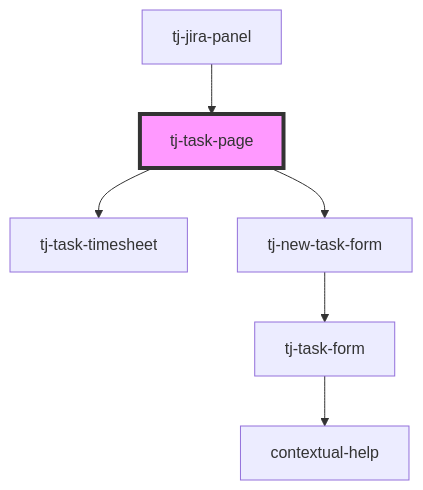
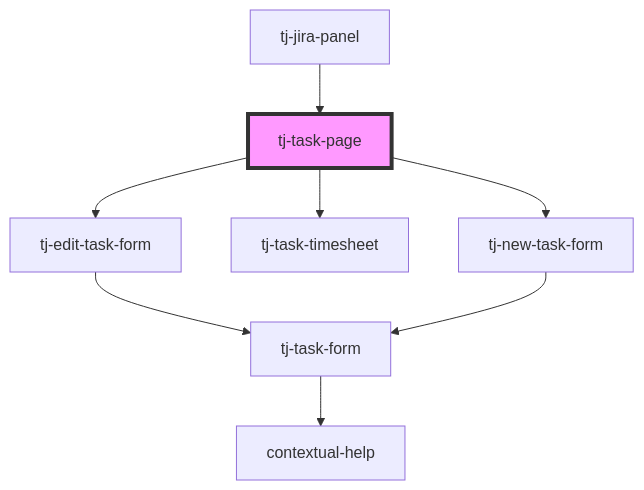
Before and after one commit to davids-ensemble/tj-jira-panel: the diagram in src/components/tj-task-page/readme.md, drawn with Mermaid. The commit also changed other lines of this file and 24 other files, not shown here.

````diff
--- a/src/components/tj-task-page/readme.md
+++ b/src/components/tj-task-page/readme.md
@@ -40,9 +41,11 @@
 ```mermaid
 graph TD;
+  tj-task-page --> tj-edit-task-form
   tj-task-page --> tj-task-timesheet
   tj-task-page --> tj-new-task-form
+  tj-edit-task-form --> tj-task-form
+  tj-task-form --> contextual-help
   tj-new-task-form --> tj-task-form
-  tj-task-form --> contextual-help
   tj-jira-panel --> tj-task-page
   style tj-task-page fill:#f9f,stroke:#333,stroke-width:4px
 ```
````
